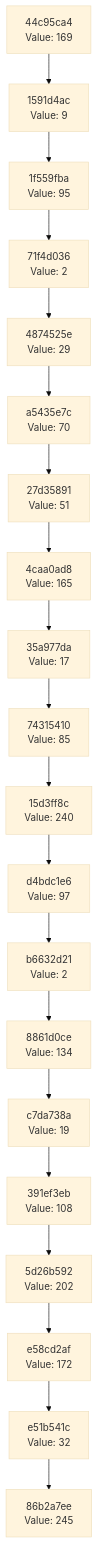
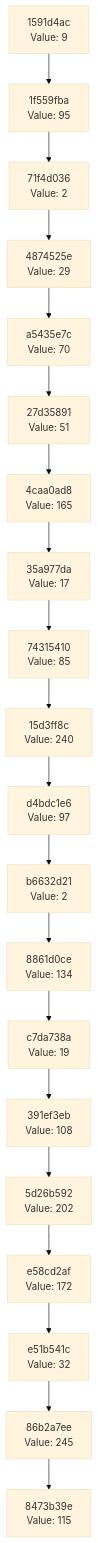
Before and after one commit to Abhisheksinha1506/hash-chain-evolver: the diagram in docs/CHAIN_VISUALIZATION.md, drawn with Mermaid (base theme). The commit also changed 2 other files, not shown here.

Commit message:
Evolution Step

````diff
--- a/docs/CHAIN_VISUALIZATION.md
+++ b/docs/CHAIN_VISUALIZATION.md
@@ -3,42 +3,42 @@
 ```mermaid
 graph TD
-    C0["86b2a7ee<br/>Value: 245"]
-    C1["e51b541c<br/>Value: 32"]
+    C0["8473b39e<br/>Value: 115"]
+    C1["86b2a7ee<br/>Value: 245"]
     C1 --> C0
-    C2["e58cd2af<br/>Value: 172"]
+    C2["e51b541c<br/>Value: 32"]
     C2 --> C1
-    C3["5d26b592<br/>Value: 202"]
+    C3["e58cd2af<br/>Value: 172"]
     C3 --> C2
-    C4["391ef3eb<br/>Value: 108"]
+    C4["5d26b592<br/>Value: 202"]
     C4 --> C3
-    C5["c7da738a<br/>Value: 19"]
+    C5["391ef3eb<br/>Value: 108"]
     C5 --> C4
-    C6["8861d0ce<br/>Value: 134"]
+    C6["c7da738a<br/>Value: 19"]
     C6 --> C5
-    C7["b6632d21<br/>Value: 2"]
+    C7["8861d0ce<br/>Value: 134"]
     C7 --> C6
-    C8["d4bdc1e6<br/>Value: 97"]
+    C8["b6632d21<br/>Value: 2"]
     C8 --> C7
-    C9["15d3ff8c<br/>Value: 240"]
+    C9["d4bdc1e6<br/>Value: 97"]
     C9 --> C8
-    C10["74315410<br/>Value: 85"]
+    C10["15d3ff8c<br/>Value: 240"]
     C10 --> C9
-    C11["35a977da<br/>Value: 17"]
+    C11["74315410<br/>Value: 85"]
     C11 --> C10
-    C12["4caa0ad8<br/>Value: 165"]
+    C12["35a977da<br/>Value: 17"]
     C12 --> C11
-    C13["27d35891<br/>Value: 51"]
+    C13["4caa0ad8<br/>Value: 165"]
     C13 --> C12
-    C14["a5435e7c<br/>Value: 70"]
+    C14["27d35891<br/>Value: 51"]
     C14 --> C13
-    C15["4874525e<br/>Value: 29"]
+    C15["a5435e7c<br/>Value: 70"]
     C15 --> C14
-    C16["71f4d036<br/>Value: 2"]
+    C16["4874525e<br/>Value: 29"]
     C16 --> C15
-    C17["1f559fba<br/>Value: 95"]
+    C17["71f4d036<br/>Value: 2"]
     C17 --> C16
-    C18["1591d4ac<br/>Value: 9"]
+    C18["1f559fba<br/>Value: 95"]
     C18 --> C17
-    C19["44c95ca4<br/>Value: 169"]
+    C19["1591d4ac<br/>Value: 9"]
     C19 --> C18
 ```
````
